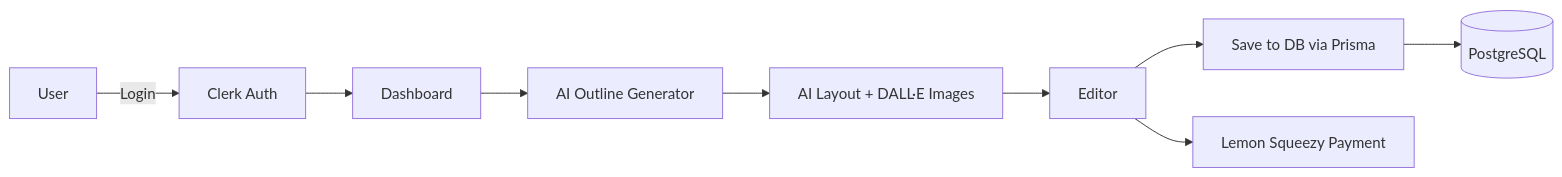
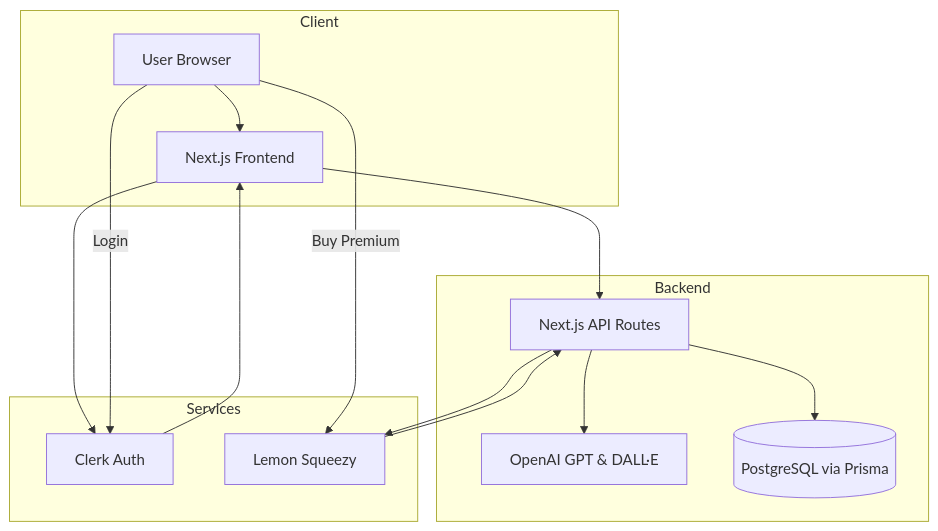
The diagram in README.md (be-a-guptaji/AI-PPT-Builder), drawn with Mermaid before and after one commit. The commit also changed other lines of this file, not shown here.

````diff
--- a/README.md
+++ b/README.md
@@ -73,11 +82,22 @@
 ```mermaid
-graph LR
-    A[User] -->|Login| B[Clerk Auth]
-    B --> C[Dashboard]
-    C --> D[AI Outline Generator]
-    D --> E[AI Layout + DALL·E Images]
-    E --> F[Editor]
-    F --> G[Save to DB via Prisma]
-    G --> H[(PostgreSQL)]
-    F --> I[Lemon Squeezy Payment]
+graph TD
+    subgraph Client
+    U[User Browser] --> F[Next.js Frontend]
+    end
+
+    subgraph Backend
+    F --> API[Next.js API Routes]
+    API --> AI[OpenAI GPT & DALL·E]
+    API --> DB[(PostgreSQL via Prisma)]
+    end
+
+    subgraph Services
+    F --> Clerk[Clerk Auth]
+    API --> LS[Lemon Squeezy]
+    end
+
+    U -->|Login| Clerk
+    Clerk --> F
+    U -->|Buy Premium| LS
+    LS --> API
 ```
````
